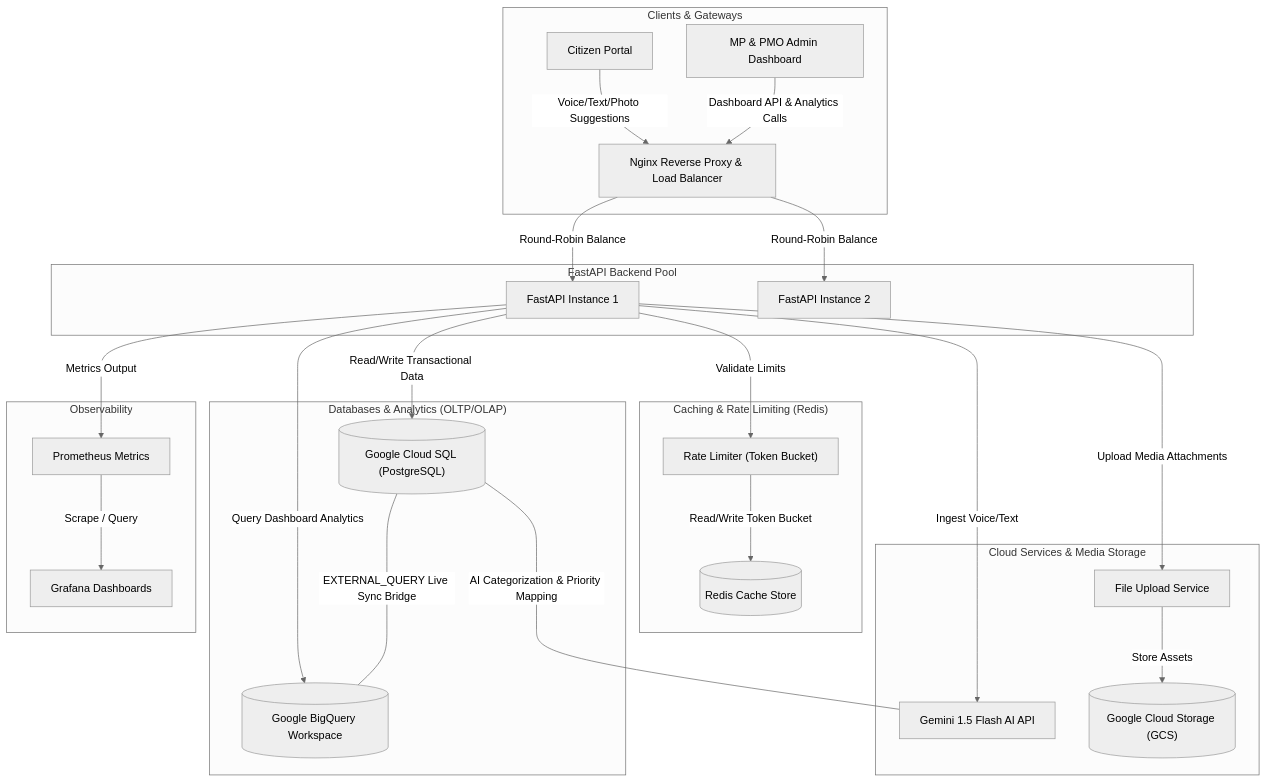
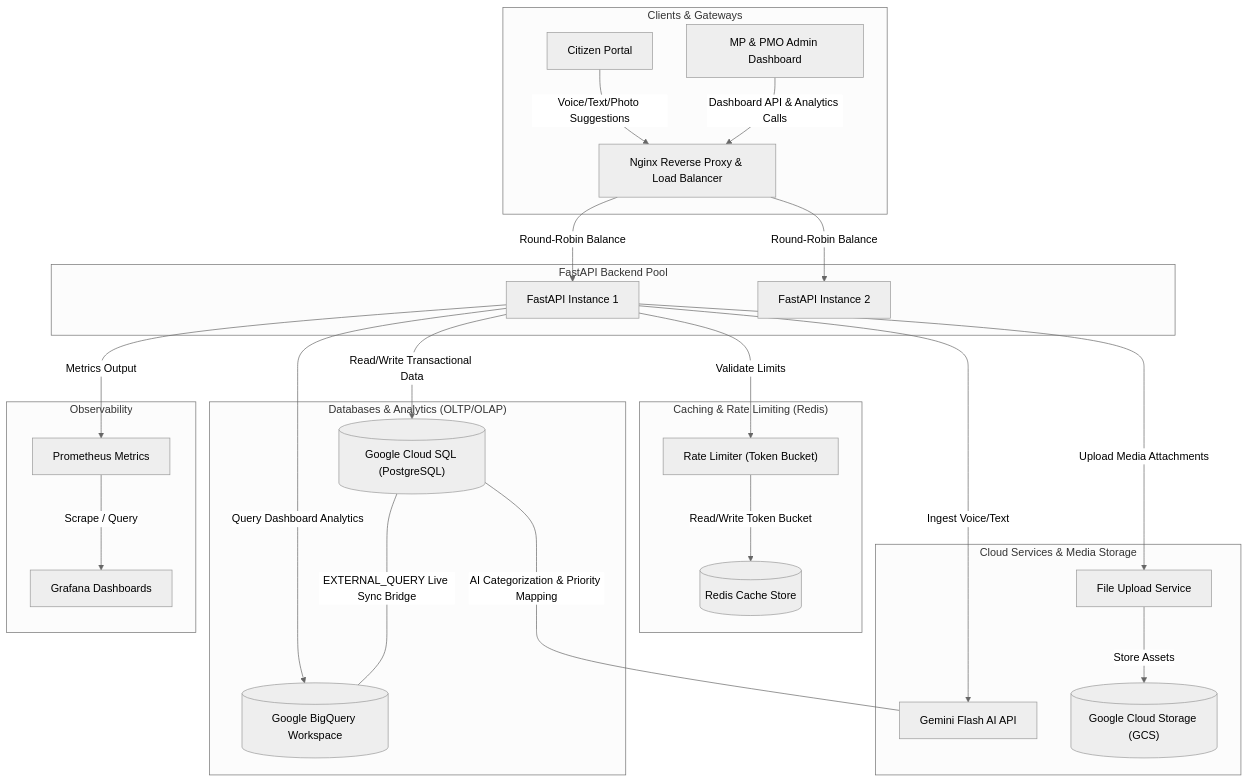
Before and after one commit to Nandanhs006/Civic-Pulse: the diagram in README.md, drawn with Mermaid (neutral theme). The commit also changed 1 other file, not shown here.

Commit message:
doc: Pitch Deck Guide: Module Breakdown

````diff
--- a/README.md
+++ b/README.md
@@ -22,61 +22,61 @@
 ```mermaid
 flowchart TD
     subgraph "Clients & Gateways"
         Citizen["Citizen Portal"]
         Admin["MP & PMO Admin Dashboard"]
         Nginx["Nginx Reverse Proxy & Load Balancer"]
     end
 
     subgraph "FastAPI Backend Pool"
         FastAPI1["FastAPI Instance 1"]
         FastAPI2["FastAPI Instance 2"]
     end
 
     subgraph "Caching & Rate Limiting (Redis)"
         Cache[("Redis Cache Store")]
         Limiter["Rate Limiter (Token Bucket)"]
     end
 
     subgraph "Cloud Services & Media Storage"
-        AIService["Gemini 1.5 Flash AI API"]
+        AIService["Gemini Flash AI API"]
         FileService["File Upload Service"]
         GCS[("Google Cloud Storage (GCS)")]
     end
 
     subgraph "Databases & Analytics (OLTP/OLAP)"
         CloudSQL[("Google Cloud SQL (PostgreSQL)")]
         BigQuery[("Google BigQuery Workspace")]
     end
 
     subgraph "Observability"
         Prom["Prometheus Metrics"]
         Grafana["Grafana Dashboards"]
     end
 
     %% Connections
     Citizen -->|Voice/Text/Photo Suggestions| Nginx
     Admin -->|Dashboard API & Analytics Calls| Nginx
     Nginx -->|Round-Robin Balance| FastAPI1
     Nginx -->|Round-Robin Balance| FastAPI2
 
     %% Caching & Limiting
     FastAPI1 -->|Validate Limits| Limiter
     Limiter -->|Read/Write Token Bucket| Cache
 
     %% AI & Files
     FastAPI1 -->|Ingest Voice/Text| AIService
     FastAPI1 -->|Upload Media Attachments| FileService
     FileService -->|Store Assets| GCS
 
     %% Core Data Writes
     FastAPI1 -->|Read/Write Transactional Data| CloudSQL
     CloudSQL <---|AI Categorization & Priority Mapping| AIService
 
     %% OLAP Federated Bridge
     FastAPI1 -->|Query Dashboard Analytics| BigQuery
     CloudSQL <---|EXTERNAL_QUERY Live Sync Bridge| BigQuery
 
     %% Observability
     FastAPI1 -->|Metrics Output| Prom
     Prom -->|Scrape / Query| Grafana
 ```
````
